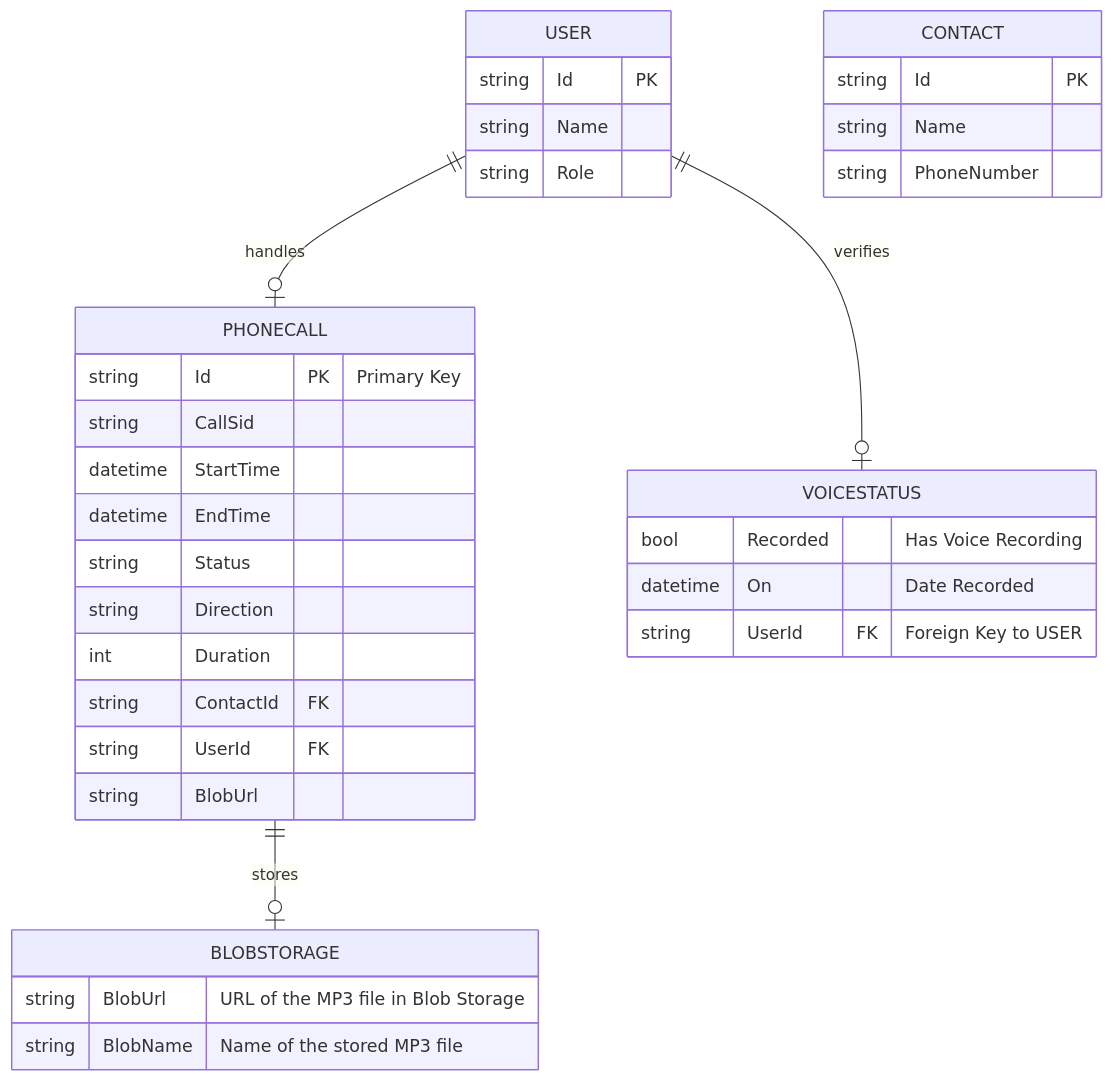
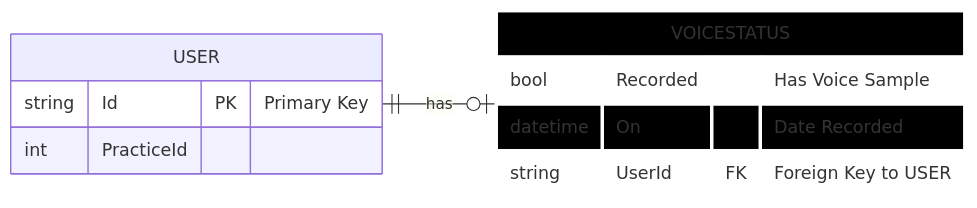
Before and after one commit to Harshita-capsitech/EmailDocs: the second of 2 diagrams in CallTranscription/overview.md, drawn with Mermaid. The commit also changed other lines of this file, not shown here.

````diff
--- a/CallTranscription/overview.md
+++ b/CallTranscription/overview.md
@@ -85,37 +75,23 @@
 ```mermaid
 erDiagram
-    USER ||--o| PHONECALL : handles
-    USER ||--o| VOICESTATUS : verifies
-    PHONECALL ||--o| BLOBSTORAGE : stores
-    PHONECALL {
+    direction LR
+
+    USER ||--o| VOICESTATUS : has
+
+    USER {
         string Id PK "Primary Key"
-        string CallSid
-        datetime StartTime
-        datetime EndTime
-        string Status
-        string Direction
-        int Duration
-        string ContactId FK
-        string UserId FK
-        string BlobUrl
+        int PracticeId
     }
+
     VOICESTATUS {
-        bool Recorded "Has Voice Recording"
+        bool Recorded "Has Voice Sample"
         datetime On "Date Recorded"
         string UserId FK "Foreign Key to USER"
     }
-    BLOBSTORAGE {
-        string BlobUrl "URL of the MP3 file in Blob Storage"
-        string BlobName "Name of the stored MP3 file"
-    }
-    USER {
-        string Id PK
-        string Name
-        string Role
-    }
-    CONTACT {
-        string Id PK
-        string Name
-        string PhoneNumber
-    }
+
+    %% Highlight VOICESTATUS to simulate 'active' state/focus with black color
+    classDef active fill:#000000,stroke:#ffffff,stroke-width:3px
+    class VOICESTATUS active
+
+    %% Optionally, style keys for greater clarity
 ```
````
